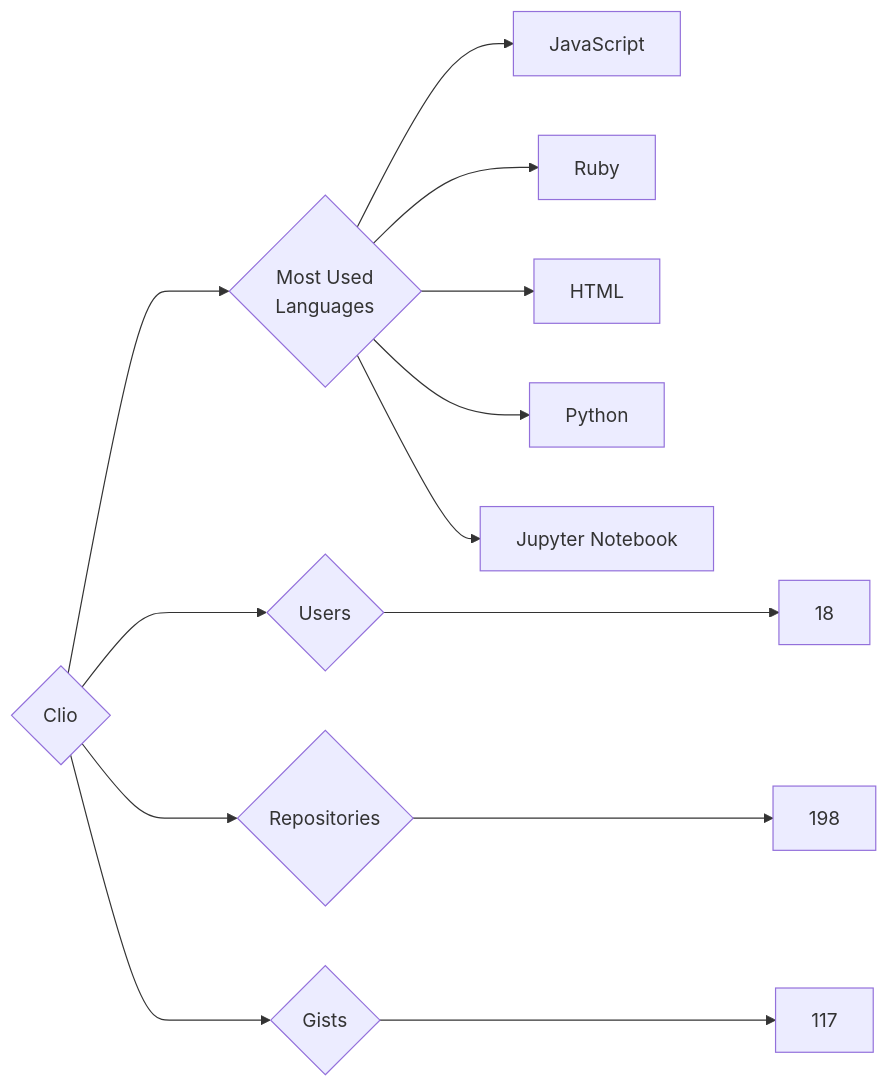
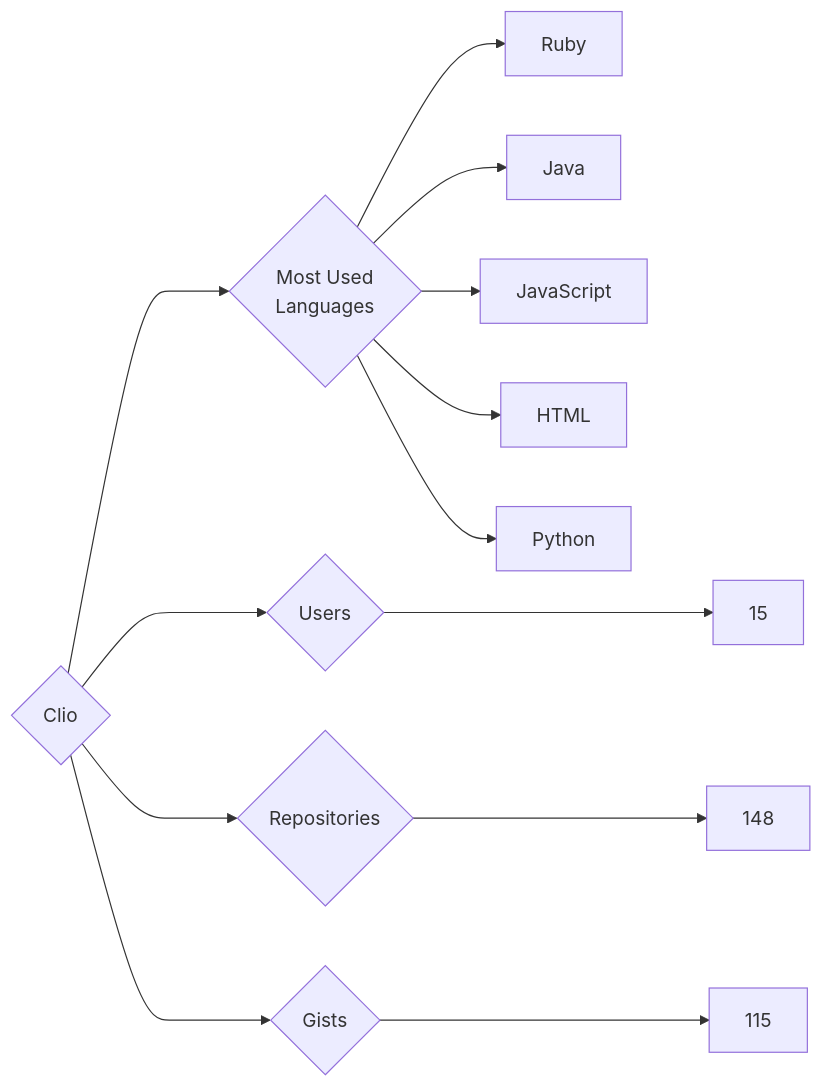
Before and after one commit to trickest/insiders: the diagram in targets/Clio/README.md, drawn with Mermaid. The commit also changed 644 other files, not shown here.

````diff
--- a/targets/Clio/README.md
+++ b/targets/Clio/README.md
@@ -3,13 +3,13 @@
 ```mermaid
 graph LR
 COMPANY_NAME{Clio}
-COMPANY_NAME ---> U{Users} ---> UN[18]
-COMPANY_NAME ---> R{Repositories} ---> RN[198]
-COMPANY_NAME ---> G{Gists} ---> GN[117]
+COMPANY_NAME ---> U{Users} ---> UN[15]
+COMPANY_NAME ---> R{Repositories} ---> RN[148]
+COMPANY_NAME ---> G{Gists} ---> GN[115]
 COMPANY_NAME ---> ML{Most Used<br>Languages}
+ML --> Ruby[Ruby]
+ML --> Java[Java]
 ML --> JavaScript[JavaScript]
-ML --> Ruby[Ruby]
 ML --> HTML[HTML]
 ML --> Python[Python]
-ML --> Jupyter_Notebook[Jupyter Notebook]
 ```
````
